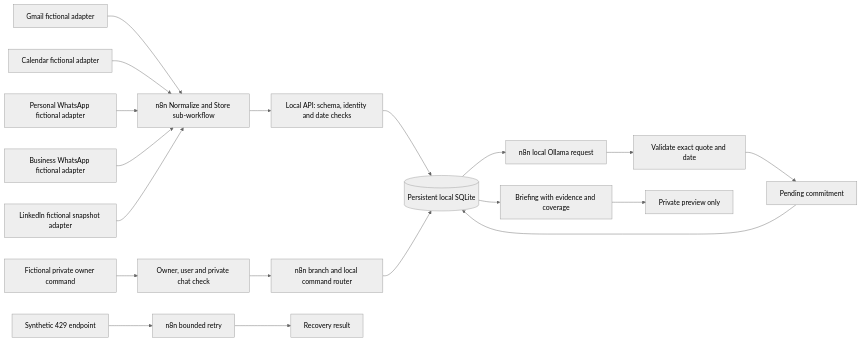
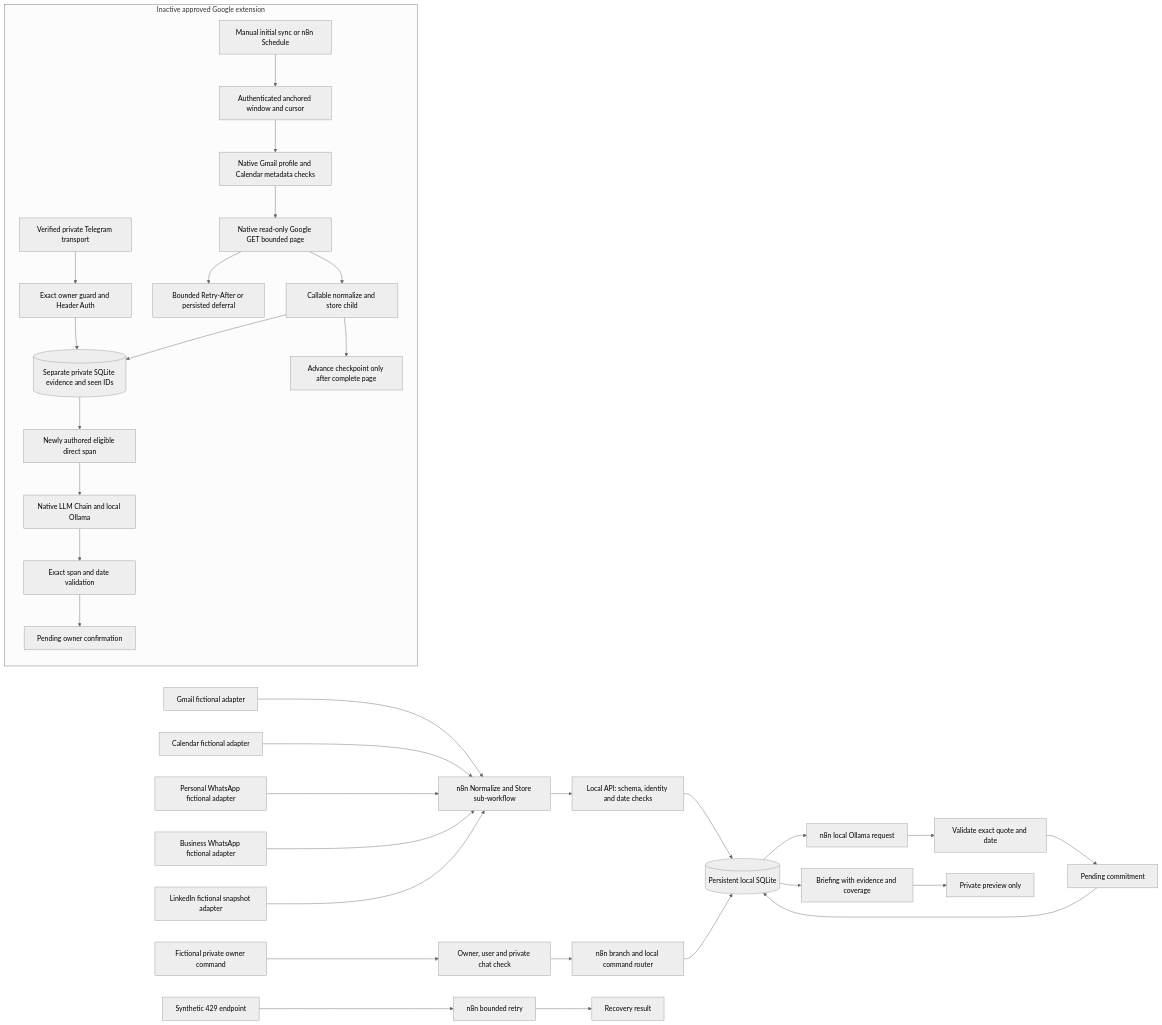
Before and after one commit to Azzbee/Tend-n8n: the diagram in Architecture.mmd, drawn with Mermaid (neutral theme). The commit also changed 29 other files, not shown here.

Commit message:
Prepare private Google coursework workflows

```diff
--- a/Architecture.mmd
+++ b/Architecture.mmd
@@ -1,19 +1,35 @@
 flowchart LR
  G[Gmail fictional adapter] --> N[n8n Normalize and Store sub-workflow]
  C[Calendar fictional adapter] --> N
  WP[Personal WhatsApp fictional adapter] --> N
  WB[Business WhatsApp fictional adapter] --> N
  L[LinkedIn fictional snapshot adapter] --> N
  N --> V[Local API: schema, identity and date checks]
  V --> D[(Persistent local SQLite)]
  D --> A[n8n local Ollama request]
  A --> Q[Validate exact quote and date]
  Q --> P[Pending commitment]
  P --> D
  CMD[Fictional private owner command] --> AUTH[Owner, user and private chat check]
  AUTH --> R[n8n branch and local command router]
  R --> D
  D --> B[Briefing with evidence and coverage]
  B --> OUT[Private preview only]
  RETRY[Synthetic 429 endpoint] --> ERR[n8n bounded retry]
  ERR --> REC[Recovery result]
+
+ subgraph Approved_Google_Extension[Inactive approved Google extension]
+  S[Manual initial sync or n8n Schedule] --> GS[Authenticated anchored window and cursor]
+  GS --> GP[Native Gmail profile and Calendar metadata checks]
+  GP --> GET[Native read-only Google GET bounded page]
+  GET --> NS[Callable normalize and store child]
+  NS --> LS[(Separate private SQLite evidence and seen IDs)]
+  NS --> ACK[Advance checkpoint only after complete page]
+  GET --> RA[Bounded Retry-After or persisted deferral]
+  LS --> SP[Newly authored eligible direct span]
+  SP --> LA[Native LLM Chain and local Ollama]
+  LA --> EQ[Exact span and date validation]
+  EQ --> LP[Pending owner confirmation]
+  TG[Verified private Telegram transport] --> LG[Exact owner guard and Header Auth]
+  LG --> LS
+ end
```
